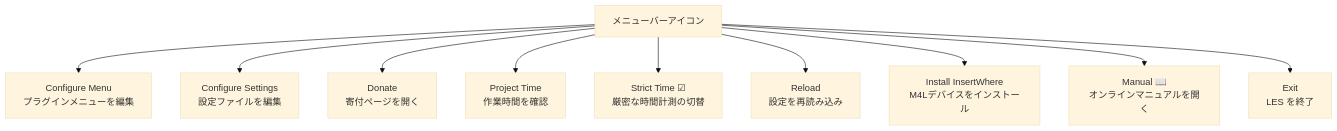
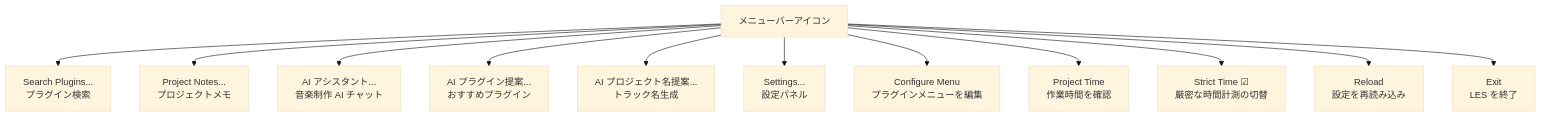
Before and after one commit to LiveEnhancementSuite/LESforMacOS: the eighth of 13 diagrams in docs/USER_MANUAL.md, drawn with Mermaid (base theme). The commit also changed other lines of this file and 2 other files, not shown here.

````diff
--- a/docs/USER_MANUAL.md
+++ b/docs/USER_MANUAL.md
@@ -391,12 +402,14 @@
 ```mermaid
 graph TD
-    M[メニューバーアイコン] --> A[Configure Menu<br/>プラグインメニューを編集]
-    M --> B[Configure Settings<br/>設定ファイルを編集]
-    M --> C[Donate<br/>寄付ページを開く]
+    M[メニューバーアイコン] --> P[Search Plugins...<br/>プラグイン検索]
+    M --> PN[Project Notes...<br/>プロジェクトメモ]
+    M --> AI1[AI アシスタント...<br/>音楽制作 AI チャット]
+    M --> AI2[AI プラグイン提案...<br/>おすすめプラグイン]
+    M --> AI3[AI プロジェクト名提案...<br/>トラック名生成]
+    M --> S[Settings...<br/>設定パネル]
+    M --> A[Configure Menu<br/>プラグインメニューを編集]
     M --> D[Project Time<br/>作業時間を確認]
     M --> E[Strict Time ☑<br/>厳密な時間計測の切替]
     M --> F[Reload<br/>設定を再読み込み]
-    M --> G[Install InsertWhere<br/>M4Lデバイスをインストール]
-    M --> H["Manual 📖<br/>オンラインマニュアルを開く"]
     M --> I[Exit<br/>LES を終了]
 ```
````
